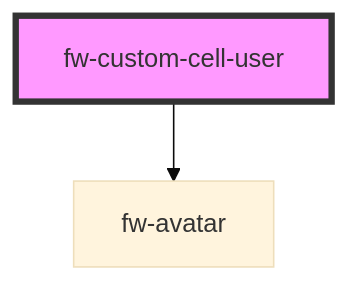
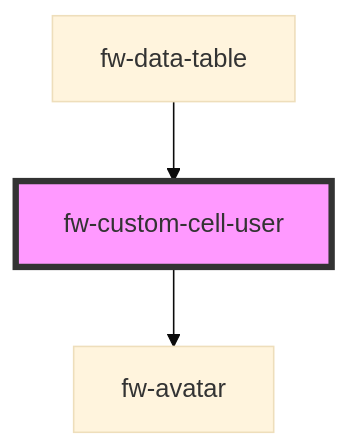
Before and after one commit to freshworks/crayons: the diagram in packages/crayons-core/src/components/data-table/custom-cells/user/readme.md, drawn with Mermaid (base theme). The commit also changed other lines of this file and 4 other files, not shown here.

Commit message:
fix(data-table): adding cell variants as dependency to data-table

````diff
--- a/packages/crayons-core/src/components/data-table/custom-cells/user/readme.md
+++ b/packages/crayons-core/src/components/data-table/custom-cells/user/readme.md
@@ -25,5 +29,6 @@
 ```mermaid
 graph TD;
   fw-custom-cell-user --> fw-avatar
+  fw-data-table --> fw-custom-cell-user
   style fw-custom-cell-user fill:#f9f,stroke:#333,stroke-width:4px
 ```
````
